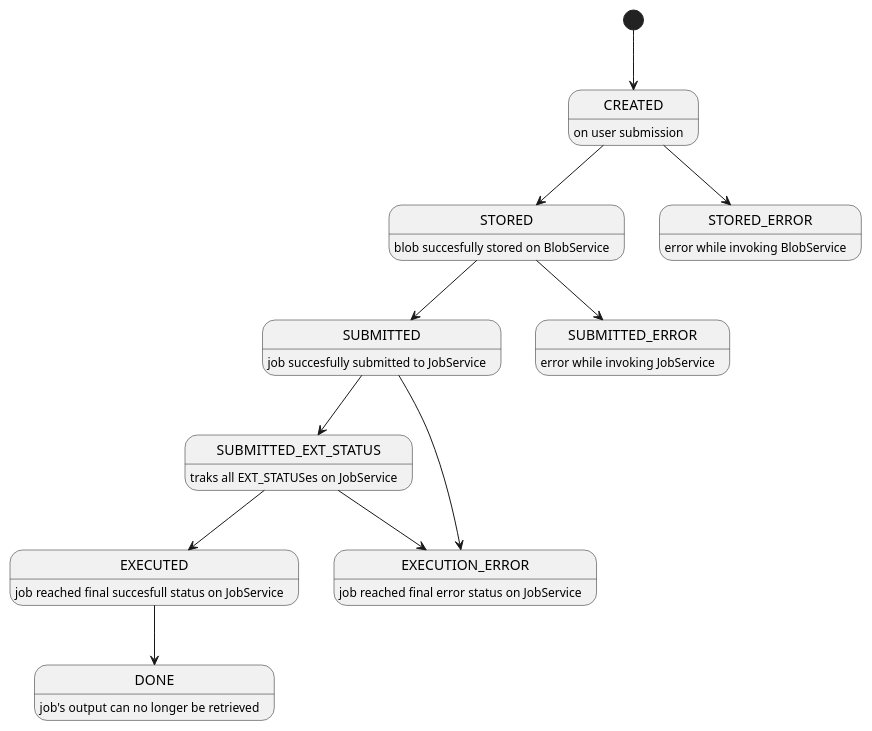
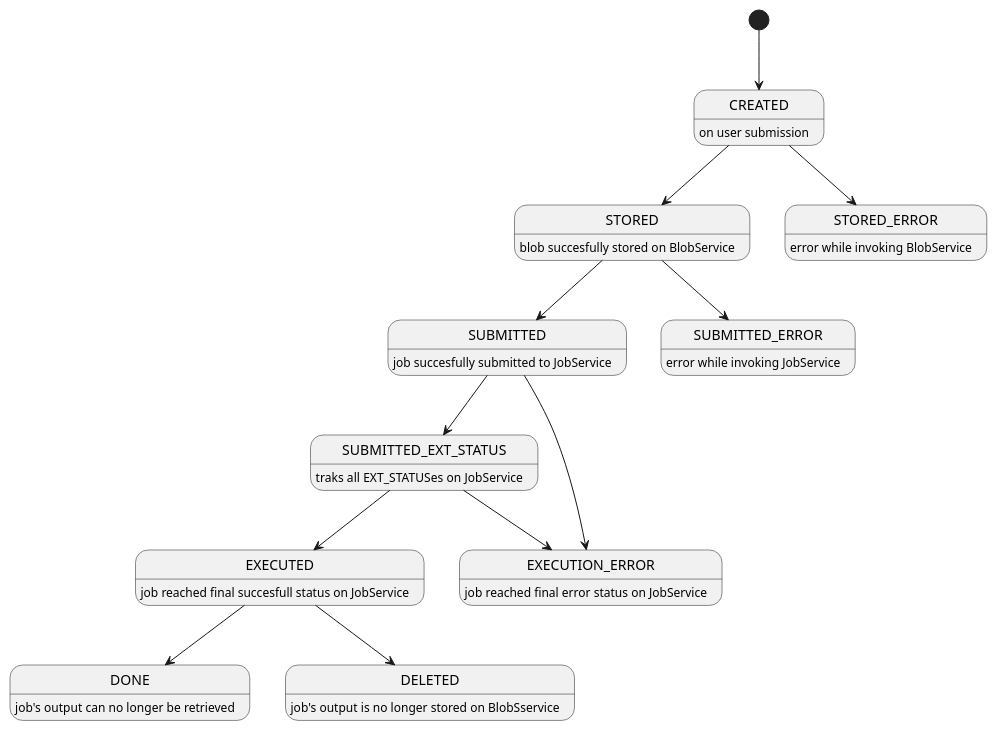
The diagram in diagrams/FrontService_JobStatus.puml (enricodangelo/ptc_test), drawn with PlantUML before and after one commit. The commit also changed 5 other files, not shown here.

```diff
--- a/diagrams/FrontService_JobStatus.puml
+++ b/diagrams/FrontService_JobStatus.puml
@@ -1,27 +1,29 @@
 @startuml
 
 CREATED : on user submission
 STORED: blob succesfully stored on BlobService
 STORED_ERROR: error while invoking BlobService
 SUBMITTED: job succesfully submitted to JobService
 SUBMITTED_ERROR: error while invoking JobService
 SUBMITTED_EXT_STATUS: traks all EXT_STATUSes on JobService
 EXECUTED: job reached final succesfull status on JobService
 EXECUTION_ERROR: job reached final error status on JobService
 DONE: job's output can no longer be retrieved
+DELETED: job's output is no longer stored on BlobSservice
 
 [*] --> CREATED
 CREATED --> STORED
 CREATED --> STORED_ERROR
 
 STORED --> SUBMITTED
 STORED --> SUBMITTED_ERROR
 
 SUBMITTED --> SUBMITTED_EXT_STATUS
 SUBMITTED --> EXECUTION_ERROR
 
 SUBMITTED_EXT_STATUS --> EXECUTED
 SUBMITTED_EXT_STATUS --> EXECUTION_ERROR
 
 EXECUTED --> DONE
+EXECUTED --> DELETED
 @enduml
```
